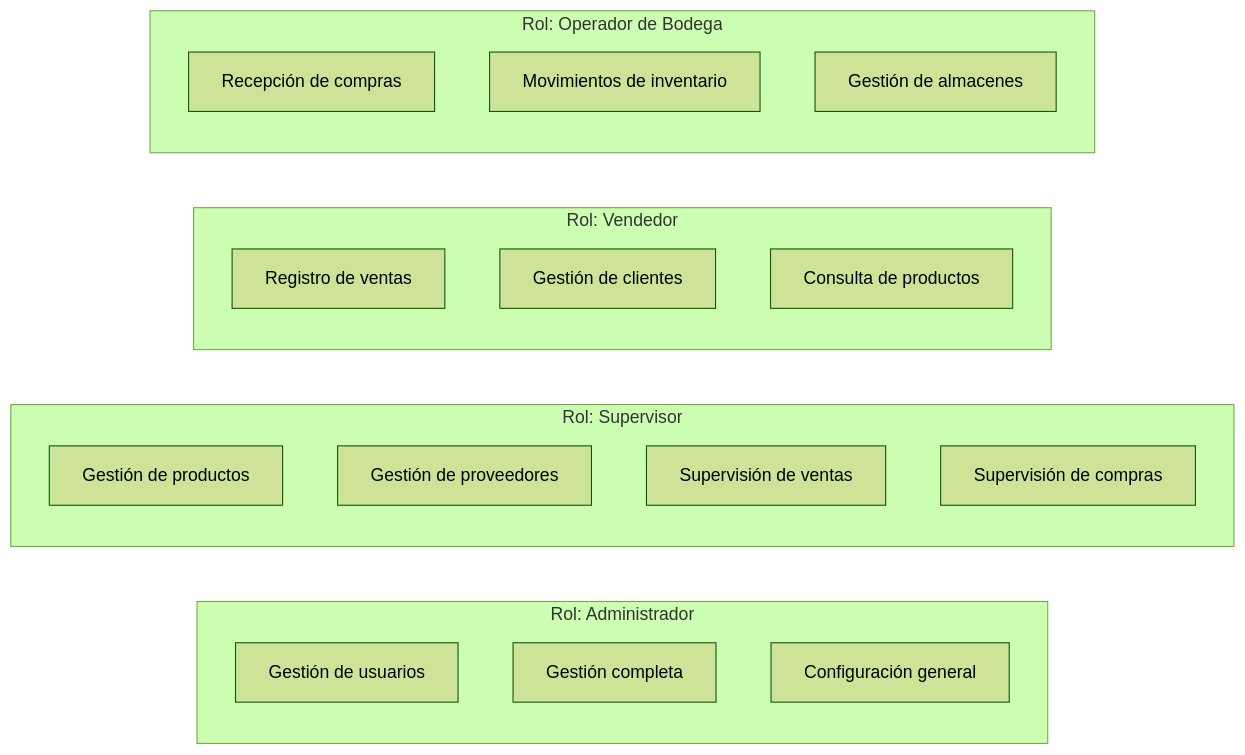
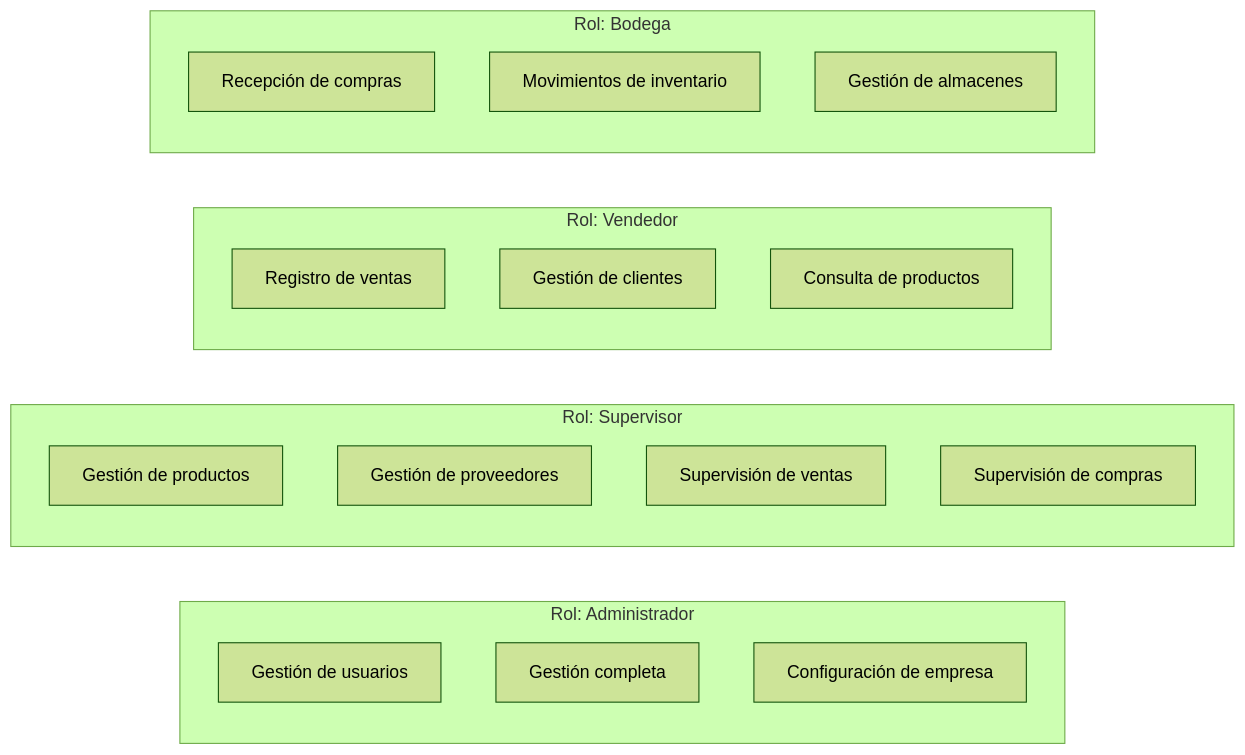
Before and after one commit to AlejandroSepulvedaDuarte/SofInventory: the first of 7 diagrams in docs/MANUAL_USUARIO.md, drawn with Mermaid (forest theme). The commit also changed other lines of this file and 76 other files, not shown here.

````diff
--- a/docs/MANUAL_USUARIO.md
+++ b/docs/MANUAL_USUARIO.md
@@ -114,24 +123,24 @@
 ```mermaid
 graph LR
     subgraph "Rol: Administrador"
         A1["Gestión de usuarios"]
         A2["Gestión completa"]
-        A3["Configuración general"]
+        A3["Configuración de empresa"]
     end
     subgraph "Rol: Supervisor"
         S1["Gestión de productos"]
         S2["Gestión de proveedores"]
         S3["Supervisión de ventas"]
         S4["Supervisión de compras"]
     end
     subgraph "Rol: Vendedor"
         V1["Registro de ventas"]
         V2["Gestión de clientes"]
         V3["Consulta de productos"]
     end
-    subgraph "Rol: Operador de Bodega"
+    subgraph "Rol: Bodega"
         B1["Recepción de compras"]
         B2["Movimientos de inventario"]
         B3["Gestión de almacenes"]
     end
 ```
````
